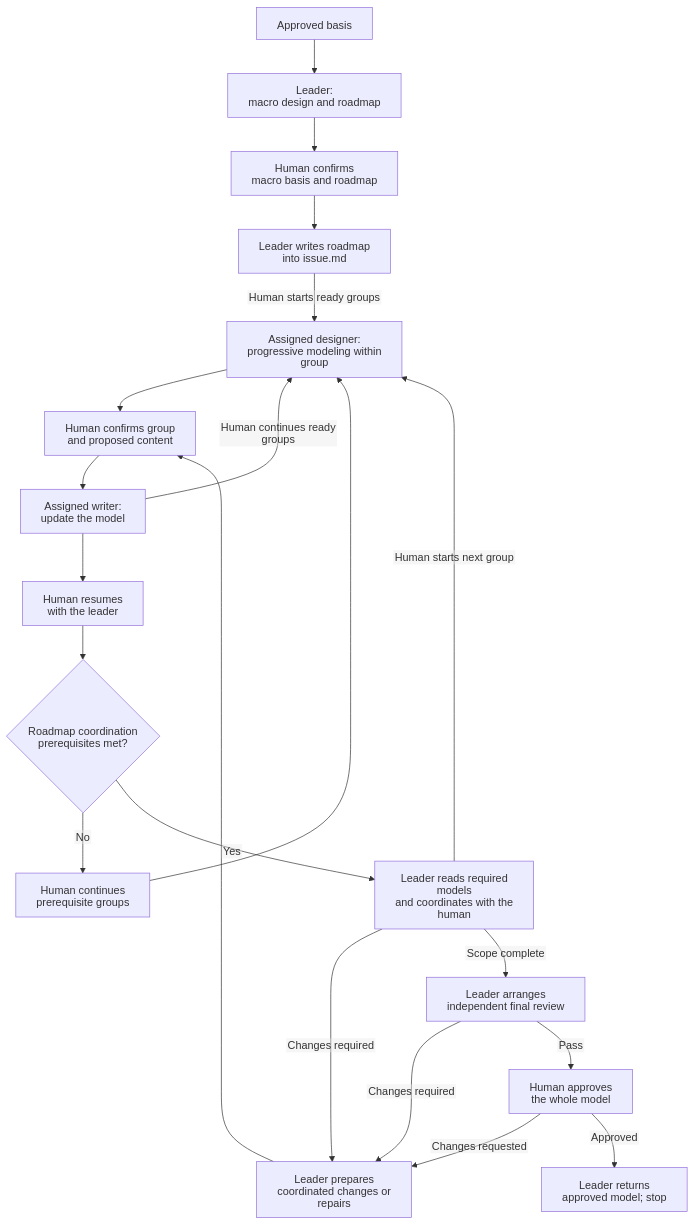
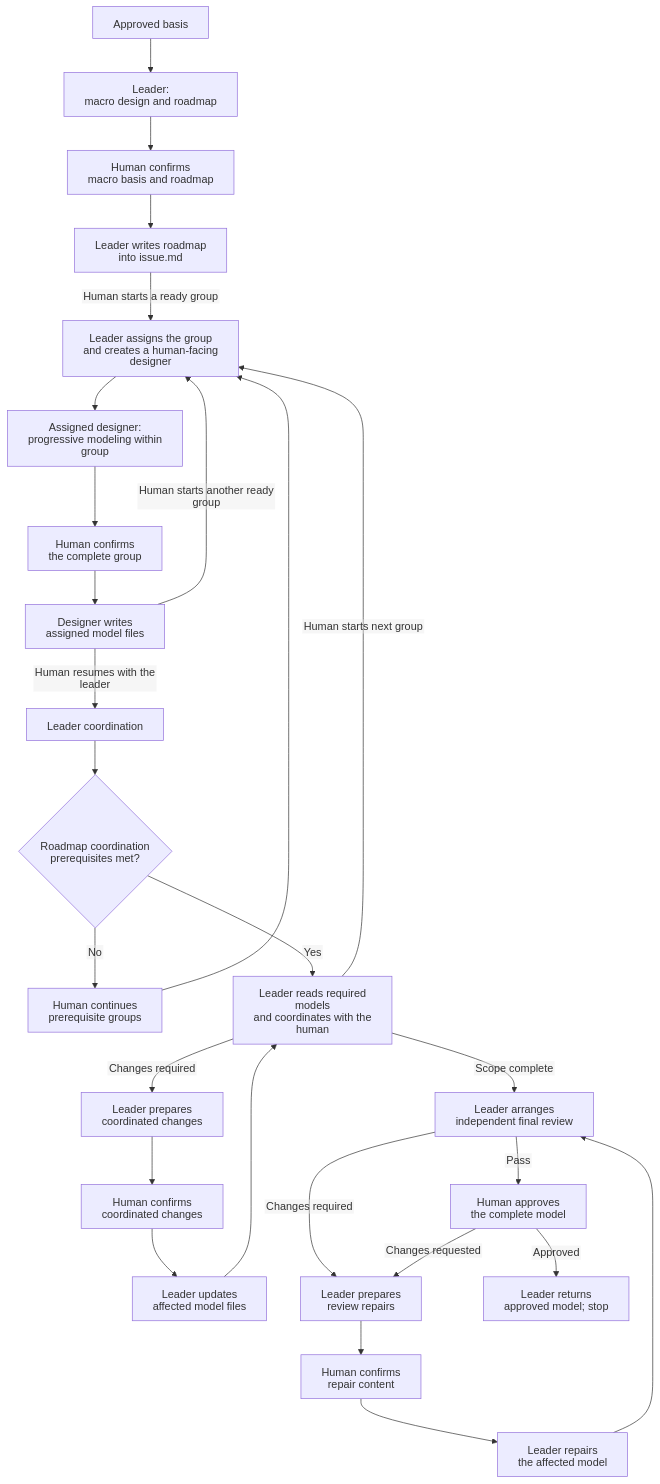
One commit to jidibinlin/clarity-skills changed the diagram in clarify-technical-design/SKILL.md. Above: the diagram before and after it, drawn with Mermaid.

Commit message:
docs: clarify technical design dispatch flow
- Show Leader assignment and human-facing designer creation in the main workflow.
- Distinguish designer writes from Leader coordination and review repairs.

````diff
--- a/clarify-technical-design/SKILL.md
+++ b/clarify-technical-design/SKILL.md
@@ -75,24 +75,36 @@
 ```mermaid
 %%{init: {"htmlLabels": false}}%%
 flowchart TD
     A["Approved basis"] --> B["Leader:<br/>macro design and roadmap"]
     B --> C["Human confirms<br/>macro basis and roadmap"]
     C --> R["Leader writes roadmap<br/>into issue.md"]
-    R -->|Human starts ready groups| D["Assigned designer:<br/>progressive modeling within group"]
-    D --> E["Human confirms group<br/>and proposed content"]
-    E --> F["Assigned writer:<br/>update the model"]
-    F -->|Human continues ready groups| D
-    F --> U["Human resumes<br/>with the leader"]
+
+    R -->|Human starts a ready group| S["Leader assigns the group<br/>and creates a human-facing designer"]
+    S --> D["Assigned designer:<br/>progressive modeling within group"]
+    D --> E["Human confirms<br/>the complete group"]
+    E --> F["Designer writes<br/>assigned model files"]
+
+    F -->|Human starts another ready group| S
+    F -->|Human resumes with the leader| U["Leader coordination"]
+
     U --> Q{"Roadmap coordination<br/>prerequisites met?"}
     Q -->|No| V["Human continues<br/>prerequisite groups"]
-    V --> D
+    V --> S
+
     Q -->|Yes| K["Leader reads required models<br/>and coordinates with the human"]
-    K -->|Changes required| H
-    K -->|Human starts next group| D
+    K -->|Human starts next group| S
+    K -->|Changes required| H["Leader prepares<br/>coordinated changes"]
+    H --> I["Human confirms<br/>coordinated changes"]
+    I --> J["Leader updates<br/>affected model files"]
+    J --> K
     K -->|Scope complete| G["Leader arranges<br/>independent final review"]
-    G -->|Changes required| H["Leader prepares<br/>coordinated changes or repairs"]
-    H --> E
-    G -->|Pass| I["Human approves<br/>the whole model"]
-    I -->|Changes requested| H
-    I -->|Approved| J["Leader returns<br/>approved model; stop"]
+
+    G -->|Changes required| P["Leader prepares<br/>review repairs"]
+    P --> T["Human confirms<br/>repair content"]
+    T --> W["Leader repairs<br/>the affected model"]
+    W --> G
+
+    G -->|Pass| N["Human approves<br/>the complete model"]
+    N -->|Changes requested| P
+    N -->|Approved| Z["Leader returns<br/>approved model; stop"]
 ```
````
